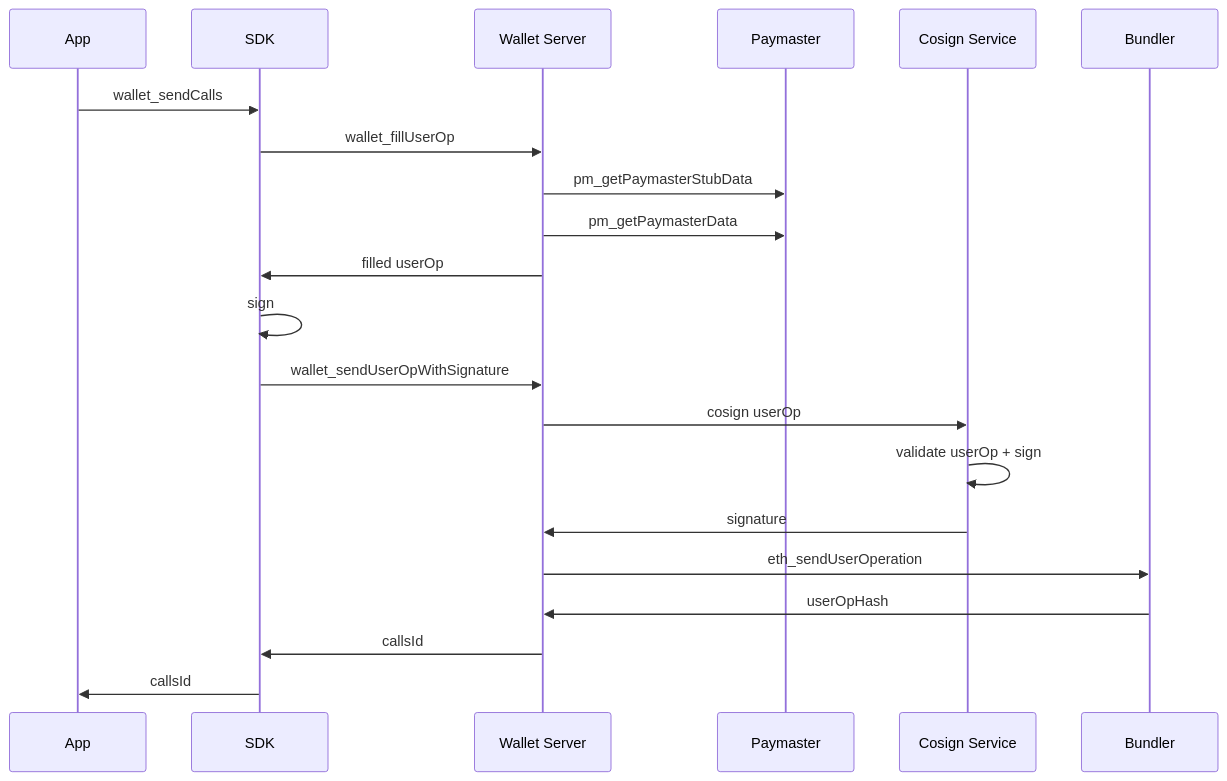
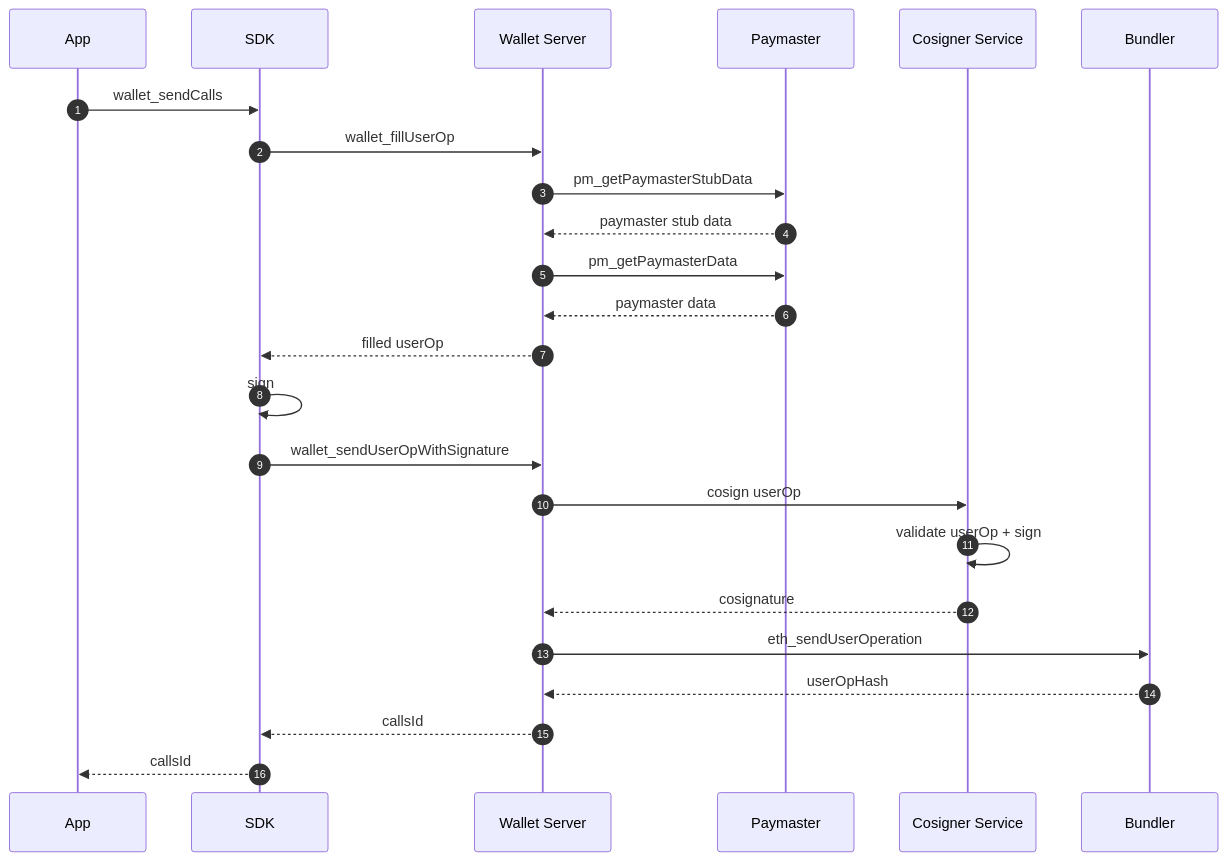
Before and after one commit to coinbase/smart-wallet-permissions: the diagram in docs/diagrams/sendCalls_capabilitiesPermissionsContext.md, drawn with Mermaid. The commit also changed 3 other files, not shown here.

Commit message:
Clean diagrams

````diff
--- a/docs/diagrams/sendCalls_capabilitiesPermissionsContext.md
+++ b/docs/diagrams/sendCalls_capabilitiesPermissionsContext.md
@@ -3,17 +3,27 @@
 ```mermaid
 sequenceDiagram
-    App->>SDK: wallet_sendCalls
-    SDK->>Wallet Server: wallet_fillUserOp
-    Wallet Server->>Paymaster: pm_getPaymasterStubData
-    Wallet Server->>Paymaster: pm_getPaymasterData
-    Wallet Server->>SDK: filled userOp
+    autonumber
+    participant A as App
+    participant SDK as SDK
+    participant WS as Wallet Server
+    participant P as Paymaster
+    participant CS as Cosigner Service
+    participant B as Bundler
+
+    A->>SDK: wallet_sendCalls
+    SDK->>WS: wallet_fillUserOp
+    WS->>P: pm_getPaymasterStubData
+    P-->>WS: paymaster stub data
+    WS->>P: pm_getPaymasterData
+    P-->>WS: paymaster data
+    WS-->>SDK: filled userOp
     SDK->>SDK: sign
-    SDK->>Wallet Server: wallet_sendUserOpWithSignature
-    Wallet Server->>Cosign Service: cosign userOp
-    Cosign Service->>Cosign Service: validate userOp + sign
-    Cosign Service->>Wallet Server: signature
-    Wallet Server->>Bundler: eth_sendUserOperation
-    Bundler->>Wallet Server: userOpHash
-    Wallet Server->>SDK: callsId
-    SDK->>App: callsId
+    SDK->>WS: wallet_sendUserOpWithSignature
+    WS->>CS: cosign userOp
+    CS->>CS: validate userOp + sign
+    CS-->>WS: cosignature
+    WS->>B: eth_sendUserOperation
+    B-->>WS: userOpHash
+    WS-->>SDK: callsId
+    SDK-->>A: callsId
 ```
````
